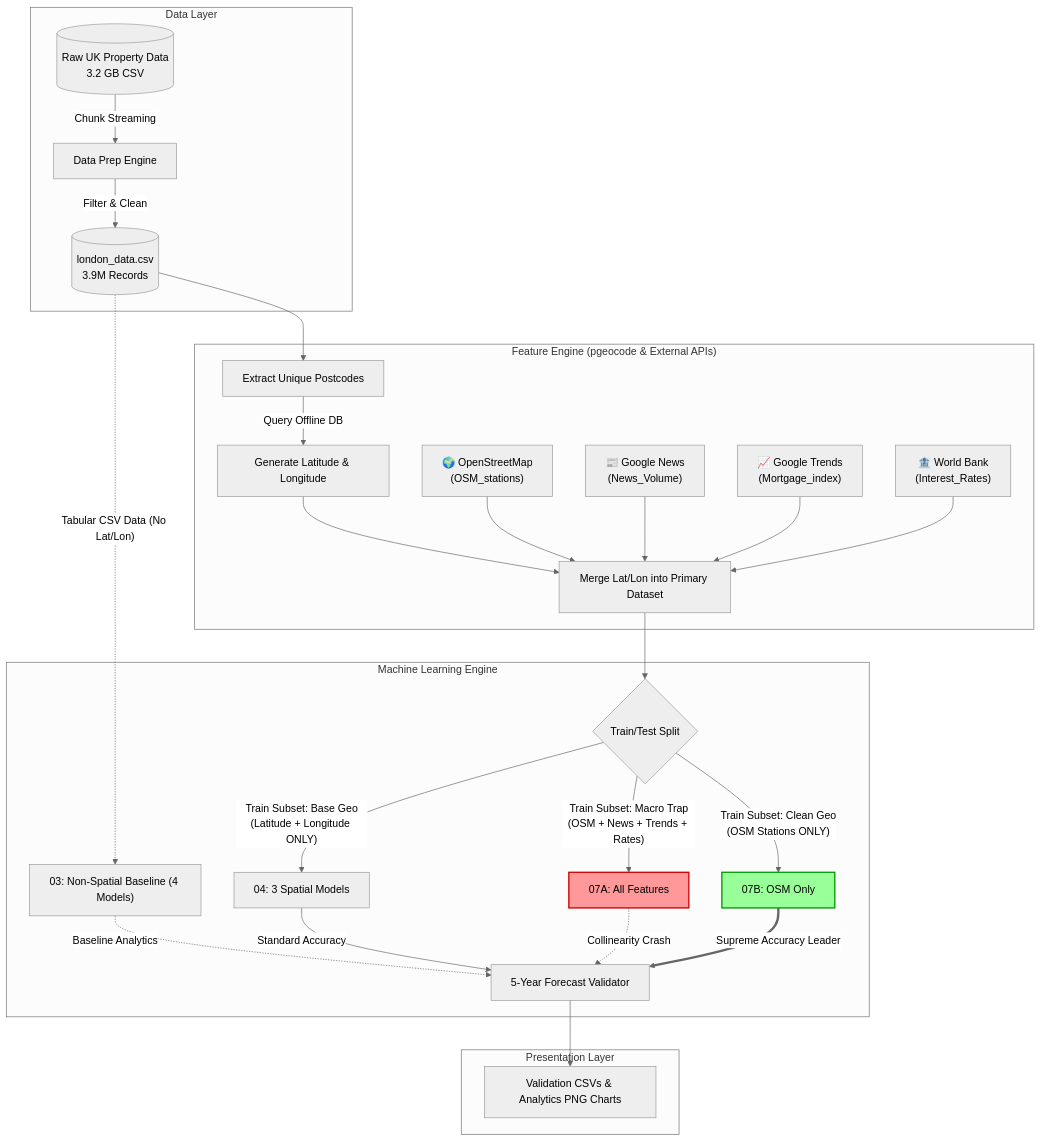
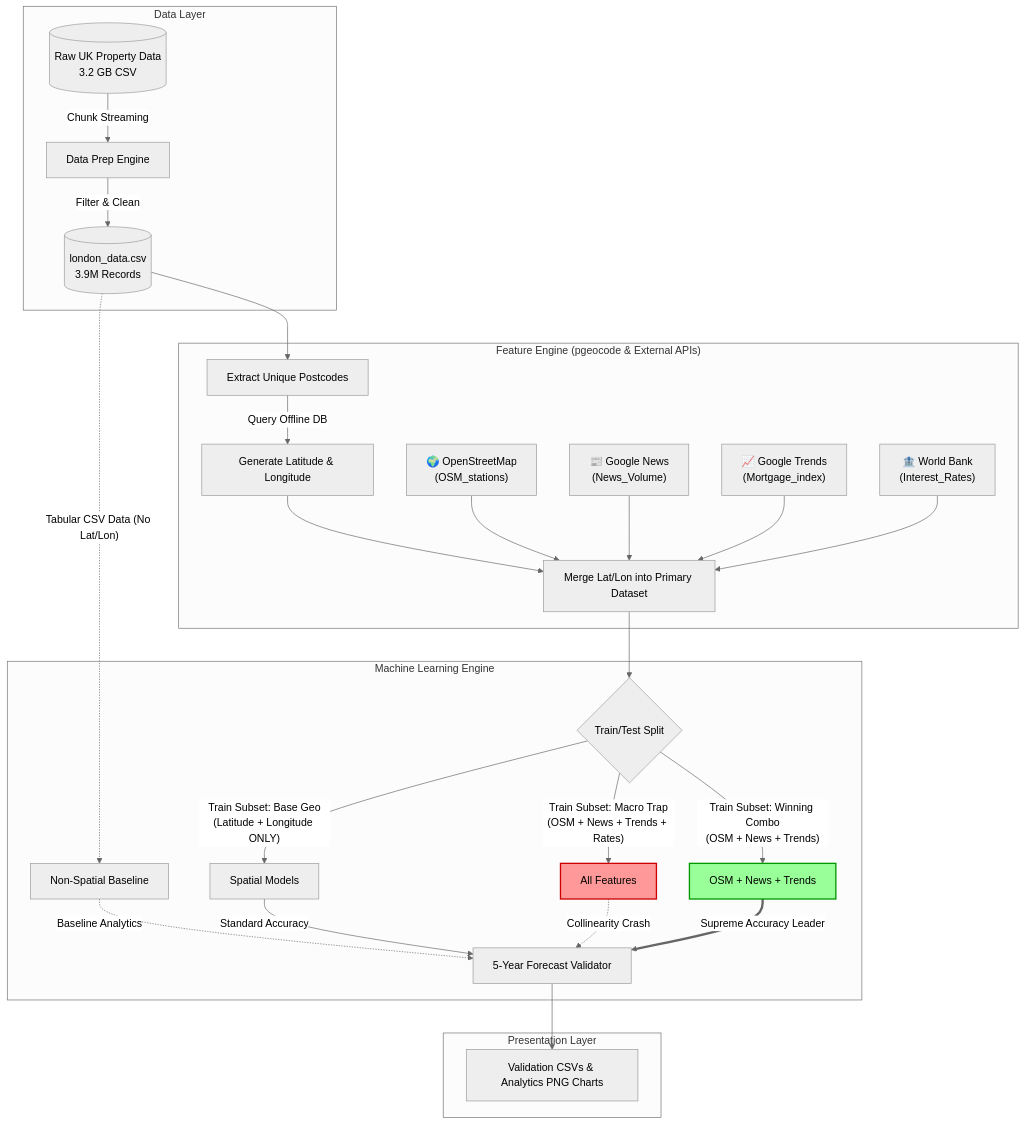
One commit to SuyeshaMitra/Real_Estate_Demand_Estmation changed the first of 2 diagrams in README.md. Above: the diagram before and after it, drawn with Mermaid (neutral theme). The commit also changed 1 other file, not shown here.

Commit message:
Update Mermaid diagram node text and remove legacy step numbers

````diff
--- a/README.md
+++ b/README.md
@@ -9,49 +9,49 @@
 ```mermaid
 graph TD
     classDef highlight fill:#ff9999,stroke:#cc0000,stroke-width:2px;
     classDef highlightB fill:#99ff99,stroke:#009900,stroke-width:2px;
 
     subgraph Data Layer
         A[(Raw UK Property Data\n3.2 GB CSV)] -->|Chunk Streaming| B[Data Prep Engine]
         B -->|Filter & Clean| C[(london_data.csv\n3.9M Records)]
     end
 
     subgraph "Feature Engine (pgeocode & External APIs)"
         C --> D[Extract Unique Postcodes]
         D -->|Query Offline DB| E[Generate Latitude & Longitude]
         E --> F[Merge Lat/Lon into Primary Dataset]
         
         API1["🌍 OpenStreetMap<br>(OSM_stations)"]
         API2["📰 Google News<br>(News_Volume)"]
         API3["📈 Google Trends<br>(Mortgage_index)"]
         API4["🏦 World Bank<br>(Interest_Rates)"]
         
         API1 --> F
         API2 --> F
         API3 --> F
         API4 --> F
     end
 
     subgraph Machine Learning Engine
         F --> G{"Train/Test Split"}
         
-        C -.->|"Tabular CSV Data (No Lat/Lon)"| Baseline["03: Non-Spatial Baseline (4 Models)"]
+        C -.->|"Tabular CSV Data (No Lat/Lon)"| Baseline["Non-Spatial Baseline"]
         
-        G -->|"Train Subset: Base Geo<br>(Latitude + Longitude ONLY)"| Base_Models["04: 3 Spatial Models"]
+        G -->|"Train Subset: Base Geo<br>(Latitude + Longitude ONLY)"| Base_Models["Spatial Models"]
         
-        G -->|"Train Subset: Macro Trap<br>(OSM + News + Trends + Rates)"| A_Models["07A: All Features"]
+        G -->|"Train Subset: Macro Trap<br>(OSM + News + Trends + Rates)"| A_Models["All Features"]
         class A_Models highlight;
         
-        G -->|"Train Subset: Clean Geo<br>(OSM Stations ONLY)"| B_Models["07B: OSM Only"]
+        G -->|"Train Subset: Winning Combo<br>(OSM + News + Trends)"| B_Models["OSM + News + Trends"]
         class B_Models highlightB;
         
         Baseline -.->|"Baseline Analytics"| I["5-Year Forecast Validator"]
         Base_Models -->|"Standard Accuracy"| I
         A_Models -.->|"Collinearity Crash"| I
         B_Models ==>|"Supreme Accuracy Leader"| I
     end
 
     subgraph Presentation Layer
         I --> K["Validation CSVs & Analytics PNG Charts"]
     end
 ```
````
